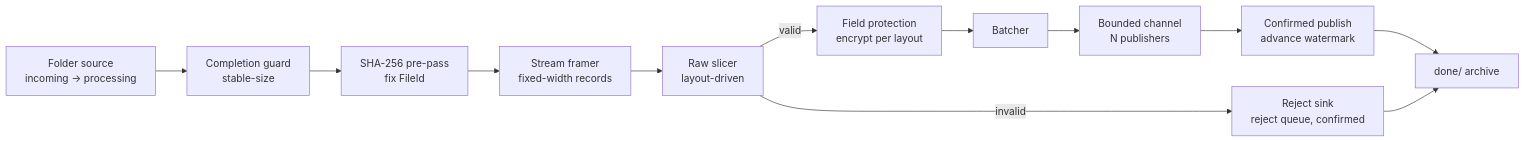
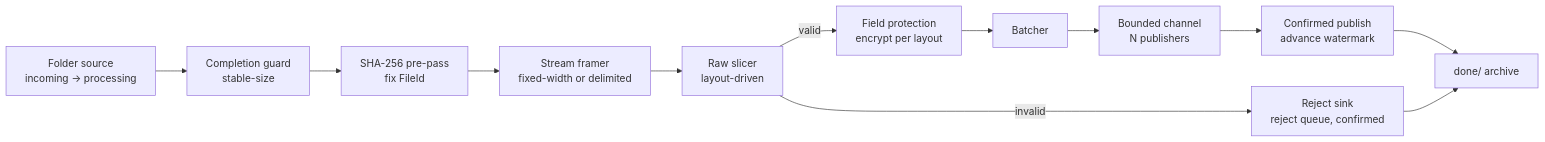
Before and after one commit to Quintin-John/BatchFileProcessor: the diagram in README.md, drawn with Mermaid. The commit also changed other lines of this file and 16 other files, not shown here.

````diff
--- a/README.md
+++ b/README.md
@@ -39,13 +40,13 @@
 ```mermaid
 flowchart LR
     A[Folder source<br/>incoming → processing] --> B[Completion guard<br/>stable-size]
     B --> C[SHA-256 pre-pass<br/>fix FileId]
-    C --> D[Stream framer<br/>fixed-width records]
+    C --> D[Stream framer<br/>fixed-width or delimited]
     D --> E[Raw slicer<br/>layout-driven]
     E -->|valid| F[Field protection<br/>encrypt per layout]
     E -->|invalid| G[Reject sink<br/>reject queue, confirmed]
     F --> H[Batcher] --> I[Bounded channel<br/>N publishers]
     I --> J[Confirmed publish<br/>advance watermark]
     J --> K[done/ archive]
     G --> K
 ```
````
